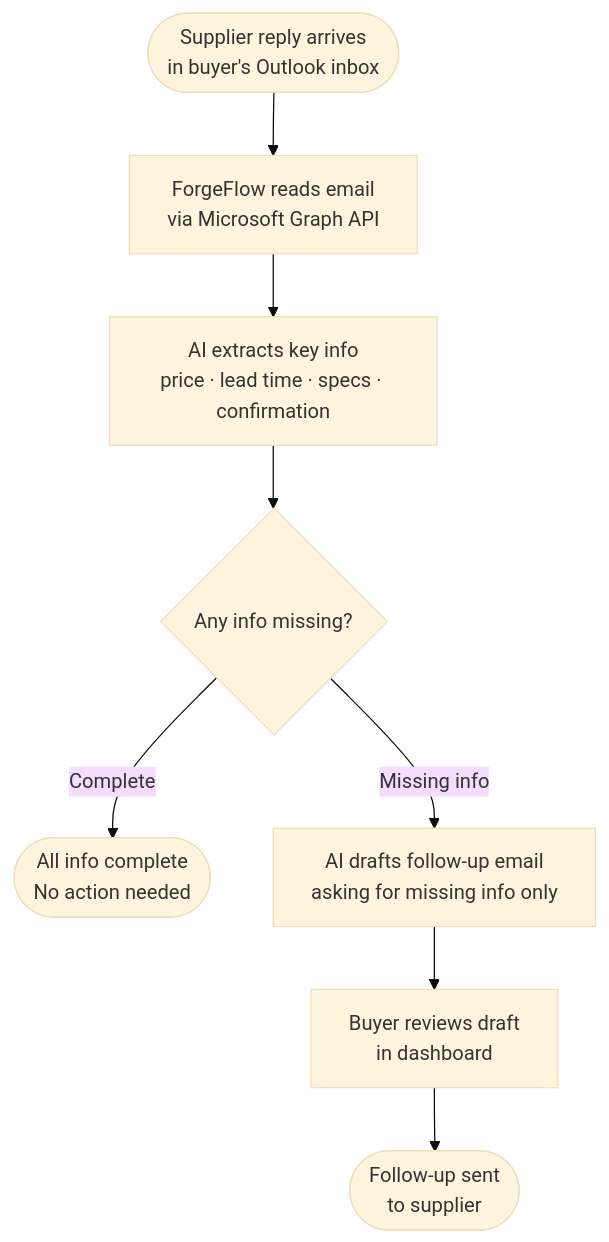
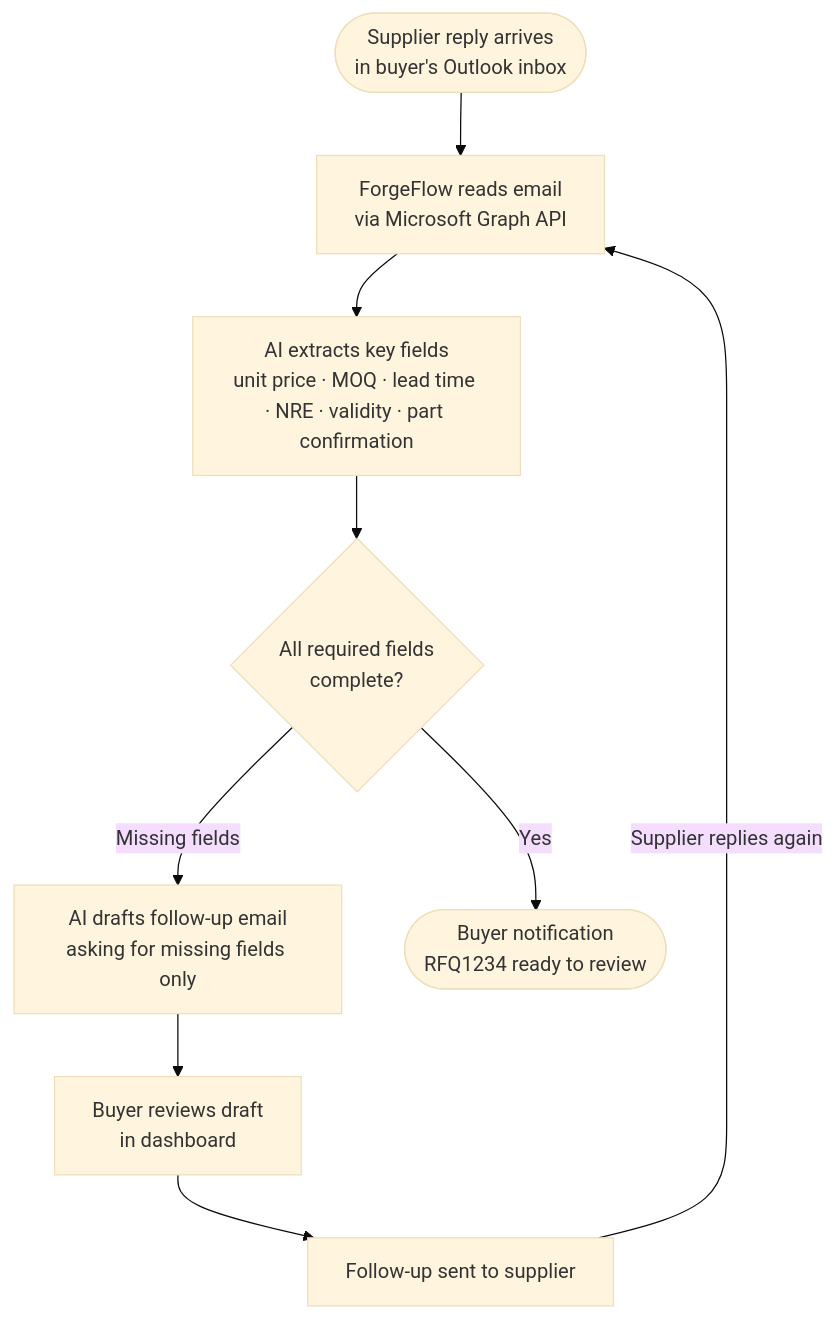
The diagram in docs/agent_workflow.md (JayleeBot/ForgeFlow), drawn with Mermaid (base theme) before and after one commit. The commit also changed other lines of this file, not shown here.

````diff
--- a/docs/agent_workflow.md
+++ b/docs/agent_workflow.md
@@ -11,19 +11,20 @@
 ```mermaid
 flowchart TD
     A([Supplier reply arrives\nin buyer's Outlook inbox])
     B[ForgeFlow reads email\nvia Microsoft Graph API]
-    C[AI extracts key info\nprice · lead time · specs · confirmation]
-    D{Any info missing?}
-    E([All info complete\nNo action needed])
-    F[AI drafts follow-up email\nasking for missing info only]
+    C[AI extracts key fields\nunit price · MOQ · lead time · NRE · validity · part confirmation]
+    D{All required fields\ncomplete?}
+    F[AI drafts follow-up email\nasking for missing fields only]
     G[Buyer reviews draft\nin dashboard]
-    H([Follow-up sent\nto supplier])
+    H[Follow-up sent to supplier]
+    I([Buyer notification\nRFQ1234 ready to review])
 
     A --> B
     B --> C
     C --> D
-    D -- Complete --> E
-    D -- Missing info --> F
+    D -- Yes --> I
+    D -- Missing fields --> F
     F --> G
     G --> H
+    H --> |Supplier replies again| B
 ```
````
